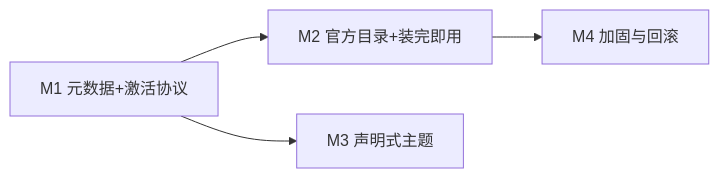
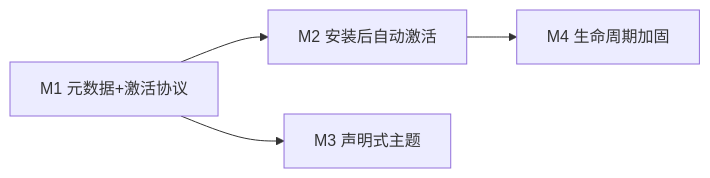
One commit to dberlin/oh-my-pi-gui changed the diagram in PLAN.md. Above: the diagram before and after it, drawn with Mermaid. The commit also changed other lines of this file and 46 other files, not shown here.

First line of the commit message:
feat(gui): activation-aware plugin flows, theme prepaint, renderer hardening

````diff
--- a/PLAN.md
+++ b/PLAN.md
@@ -39,6 +35,6 @@
 ```mermaid
 graph LR
-    M1[M1 元数据+激活协议] --> M2[M2 官方目录+装完即用]
+    M1[M1 元数据+激活协议] --> M2[M2 安装后自动激活]
     M1 --> M3[M3 声明式主题]
-    M2 --> M4[M4 加固与回滚]
+    M2 --> M4[M4 生命周期加固]
 ```
````
